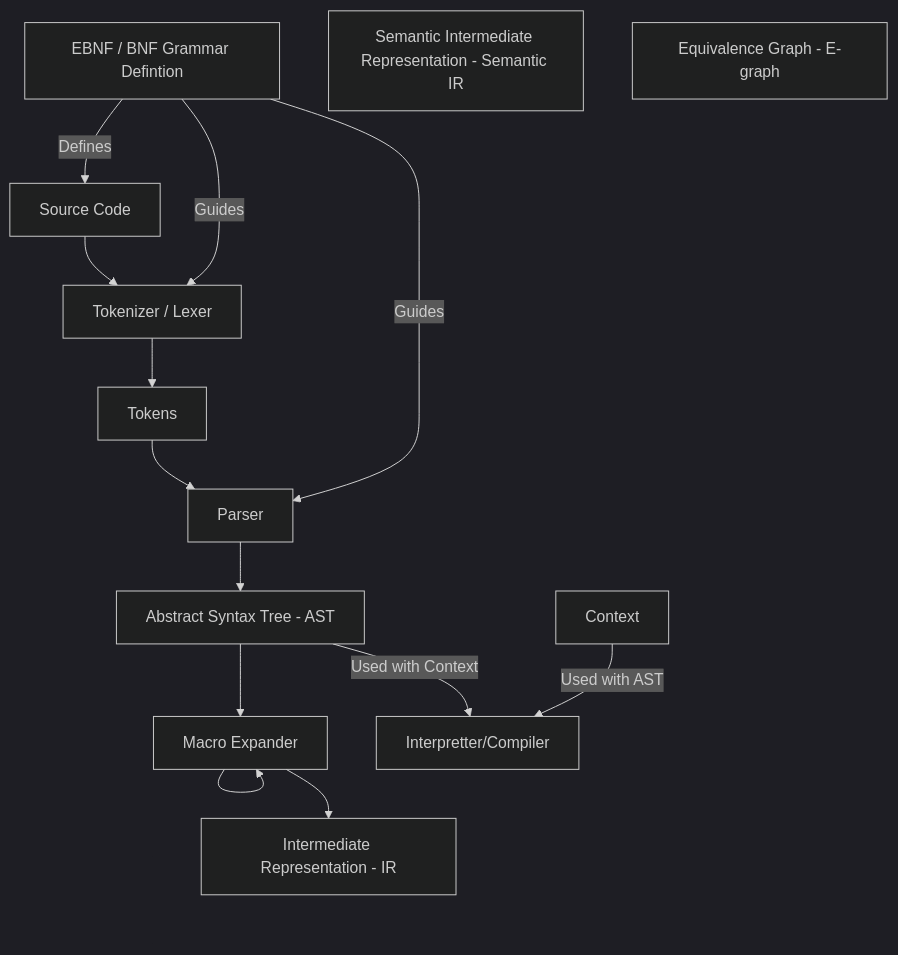
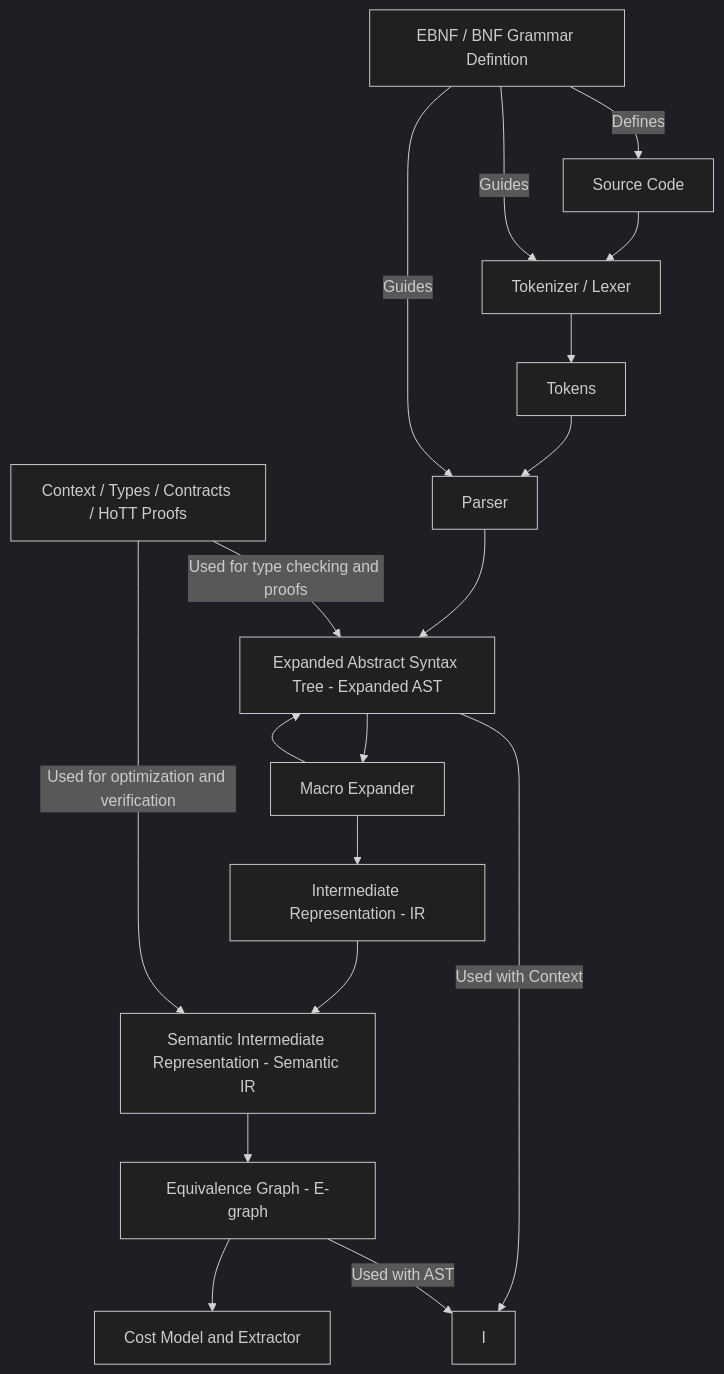
The diagram in compiler.md (tbrumbaugh5396/my-amazing-programming-language), drawn with Mermaid (dark theme) before and after one commit.

Commit message:
Update AST terminology and add context details

````diff
--- a/compiler.md
+++ b/compiler.md
@@ -1,19 +1,23 @@
 ```mermaid
 
 graph TD
     A[Source Code] --> B[Tokenizer / Lexer]
     B --> C[Tokens]
     C --> D[Parser]
-    D --> E[Abstract Syntax Tree - AST]
+    D --> E[Expanded Abstract Syntax Tree - Expanded AST]
     E --> F[Macro Expander]
-    F --> F
+    F --> E
     G[EBNF / BNF Grammar Defintion] --> | Defines| A
     G --> | Guides | B
     G --> | Guides | D
-    H[Context] --> | Used with AST | I[Interpretter/Compiler]
+    H[Context / Types / Contracts / HoTT Proofs] 
+    H --> | Used for type checking and proofs | E
     E --> | Used with Context | I
     F --> J[Intermediate Representation - IR]
-    K[Semantic Intermediate Representation - Semantic IR]
-    L[Equivalence Graph - E-graph]
+    J --> K[Semantic Intermediate Representation - Semantic IR]
+    H --> | Used for optimization and verification | K
+    K --> L[Equivalence Graph - E-graph]
+    L --> M[Cost Model and Extractor]
+    L --> | Used with AST | I
 
 ```
````
